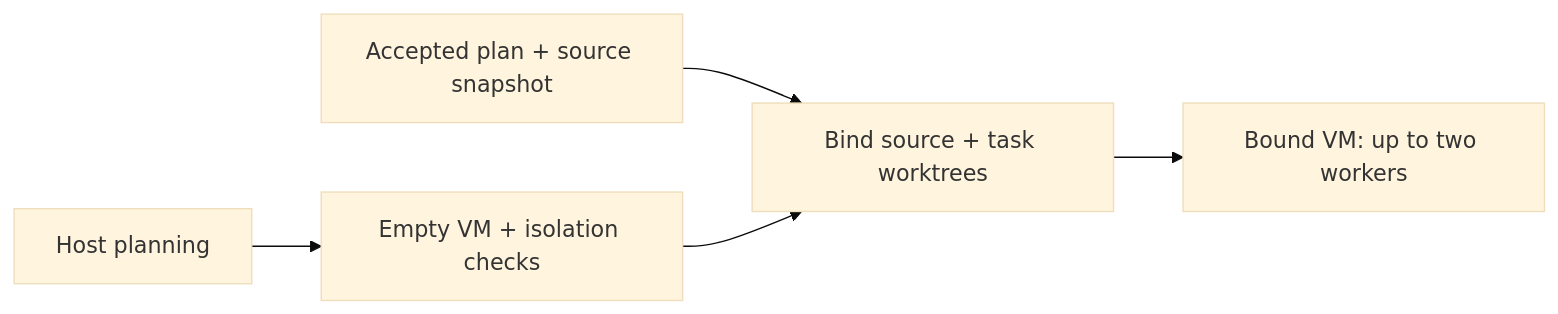
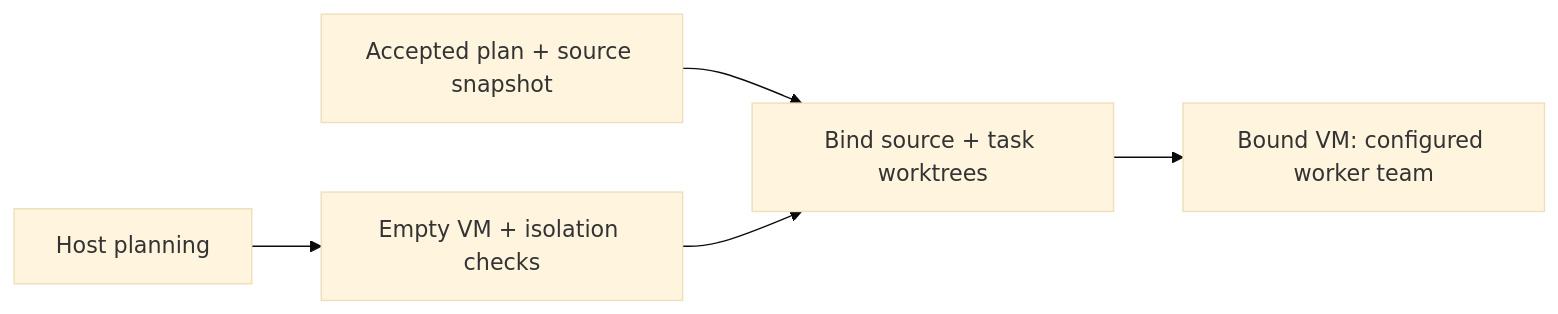
The second of 3 diagrams in docs/performance.md (minimumeffort-dev/sprowt.harness), drawn with Mermaid (base theme) before and after one commit. The commit also changed other lines of this file and 57 other files, not shown here.

````diff
--- a/docs/performance.md
+++ b/docs/performance.md
@@ -61,6 +61,6 @@
 ```mermaid
 flowchart LR
     planning["Host planning"] --> empty["Empty VM + isolation checks"]
     accepted["Accepted plan + source snapshot"] --> bind["Bind source + task worktrees"]
-    empty --> bind --> ready["Bound VM: up to two workers"]
+    empty --> bind --> ready["Bound VM: configured worker team"]
 ```
````
